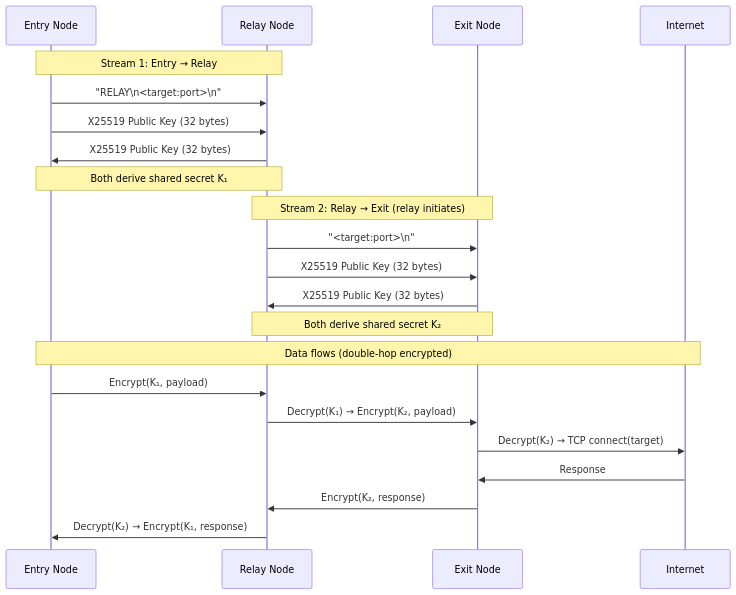
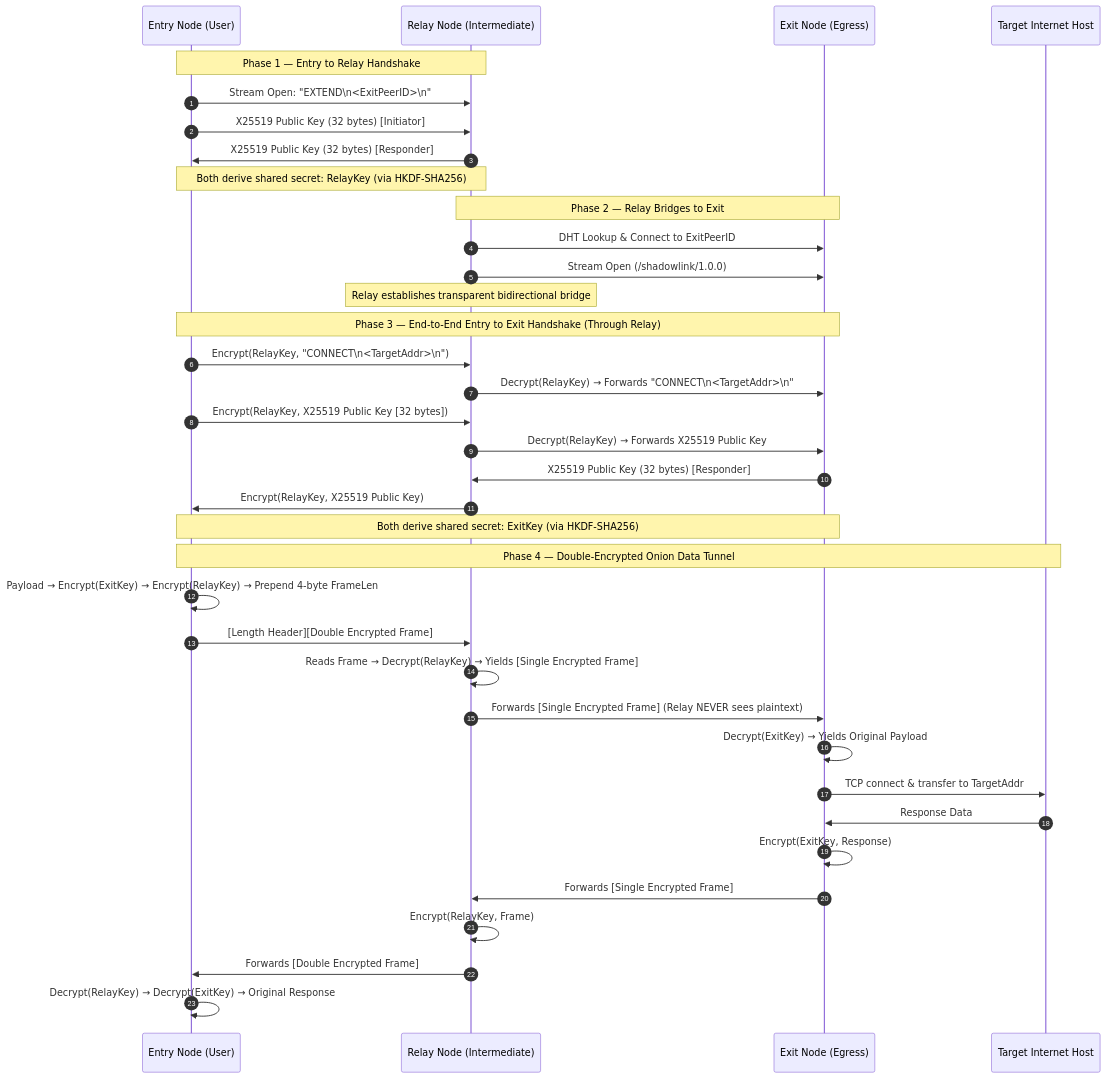
One commit to TUSHAR91316/ShadowLink changed the second of 4 diagrams in ARCHITECTURE.md. Above: the diagram before and after it, drawn with Mermaid. The commit also changed other lines of this file and 13 other files, not shown here.

````diff
--- a/ARCHITECTURE.md
+++ b/ARCHITECTURE.md
@@ -50,27 +48,42 @@
 ```mermaid
 sequenceDiagram
-    participant E as Entry Node
-    participant R as Relay Node
-    participant X as Exit Node
-    participant I as Internet
+    autonumber
+    participant E as Entry Node (User)
+    participant R as Relay Node (Intermediate)
+    participant X as Exit Node (Egress)
+    participant I as Target Internet Host
 
-    Note over E,R: Stream 1: Entry → Relay
-    E->>R: "RELAY\n<target:port>\n"
-    E->>R: X25519 Public Key (32 bytes)
-    R->>E: X25519 Public Key (32 bytes)
-    Note over E,R: Both derive shared secret K₁
+    Note over E,R: Phase 1 — Entry to Relay Handshake
+    E->>R: Stream Open: "EXTEND\n<ExitPeerID>\n"
+    E->>R: X25519 Public Key (32 bytes) [Initiator]
+    R->>E: X25519 Public Key (32 bytes) [Responder]
+    Note over E,R: Both derive shared secret: RelayKey (via HKDF-SHA256)
 
-    Note over R,X: Stream 2: Relay → Exit (relay initiates)
-    R->>X: "<target:port>\n"
-    R->>X: X25519 Public Key (32 bytes)
-    X->>R: X25519 Public Key (32 bytes)
-    Note over R,X: Both derive shared secret K₂
+    Note over R,X: Phase 2 — Relay Bridges to Exit
+    R->>X: DHT Lookup & Connect to ExitPeerID
+    R->>X: Stream Open (/shadowlink/1.0.0)
+    Note over R: Relay establishes transparent bidirectional bridge
 
-    Note over E,I: Data flows (double-hop encrypted)
-    E->>R: Encrypt(K₁, payload)
-    R->>X: Decrypt(K₁) → Encrypt(K₂, payload)
-    X->>I: Decrypt(K₂) → TCP connect(target)
-    I->>X: Response
-    X->>R: Encrypt(K₂, response)
-    R->>E: Decrypt(K₂) → Encrypt(K₁, response)
+    Note over E,X: Phase 3 — End-to-End Entry to Exit Handshake (Through Relay)
+    E->>R: Encrypt(RelayKey, "CONNECT\n<TargetAddr>\n")
+    R->>X: Decrypt(RelayKey) → Forwards "CONNECT\n<TargetAddr>\n"
+    E->>R: Encrypt(RelayKey, X25519 Public Key [32 bytes])
+    R->>X: Decrypt(RelayKey) → Forwards X25519 Public Key
+    X->>R: X25519 Public Key (32 bytes) [Responder]
+    R->>E: Encrypt(RelayKey, X25519 Public Key)
+    Note over E,X: Both derive shared secret: ExitKey (via HKDF-SHA256)
+
+    Note over E,I: Phase 4 — Double-Encrypted Onion Data Tunnel
+    E->>E: Payload → Encrypt(ExitKey) → Encrypt(RelayKey) → Prepend 4-byte FrameLen
+    E->>R: [Length Header][Double Encrypted Frame]
+    R->>R: Reads Frame → Decrypt(RelayKey) → Yields [Single Encrypted Frame]
+    R->>X: Forwards [Single Encrypted Frame] (Relay NEVER sees plaintext)
+    X->>X: Decrypt(ExitKey) → Yields Original Payload
+    X->>I: TCP connect & transfer to TargetAddr
+    I->>X: Response Data
+    X->>X: Encrypt(ExitKey, Response)
+    X->>R: Forwards [Single Encrypted Frame]
+    R->>R: Encrypt(RelayKey, Frame)
+    R->>E: Forwards [Double Encrypted Frame]
+    E->>E: Decrypt(RelayKey) → Decrypt(ExitKey) → Original Response
 ```
````
